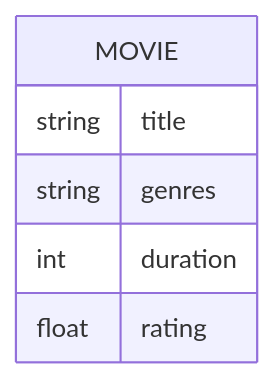
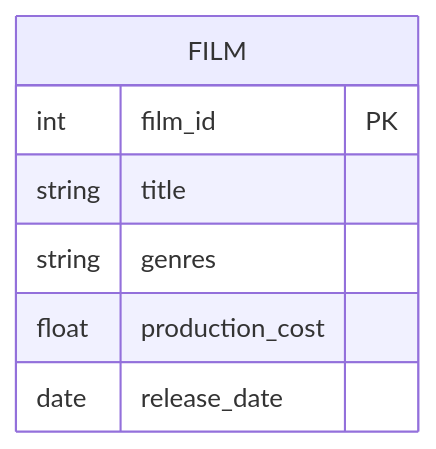
One commit to DagimAlemayehuu/Ater changed the diagram in Obsidian_Vault/2-Academic/Autumn 2025/Database_Systems/3_Relational_Model_And_Database_Design/Attributes.md. Above: the diagram before and after it, drawn with Mermaid. The commit also changed other lines of this file and 41 other files, not shown here.

````diff
--- a/Obsidian_Vault/2-Academic/Autumn 2025/Database_Systems/3_Relational_Model_And_Database_Design/Attributes.md
+++ b/Obsidian_Vault/2-Academic/Autumn 2025/Database_Systems/3_Relational_Model_And_Database_Design/Attributes.md
@@ -42,9 +39,10 @@
 ```mermaid
 erDiagram
-    MOVIE {
+    FILM {
+        int film_id PK
         string title
         string genres
-        int duration
-        float rating
+        float production_cost
+        date release_date
     }
 ```
````
